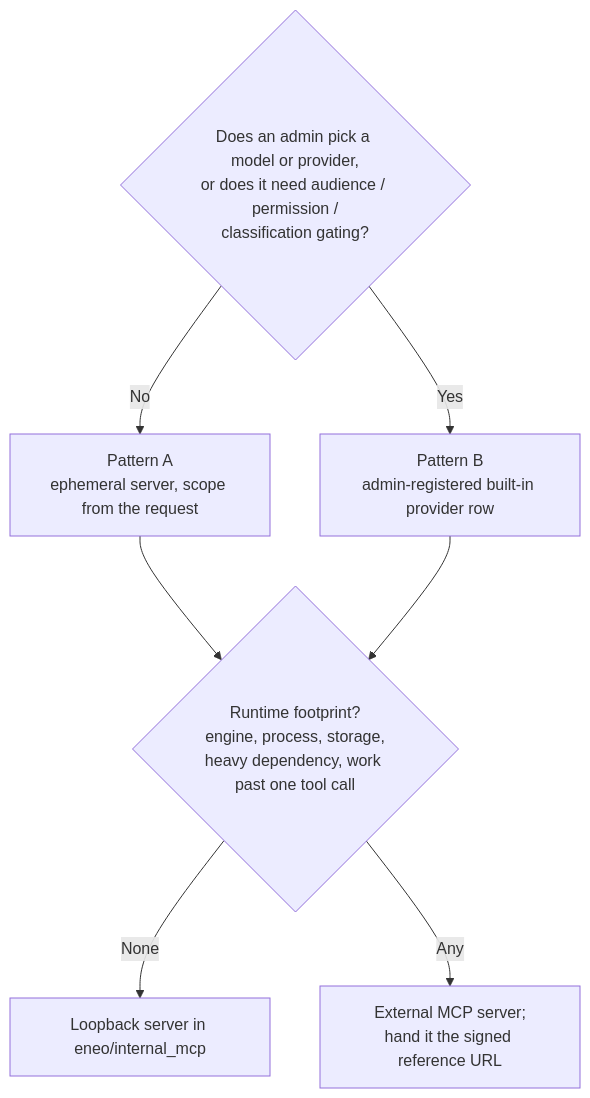
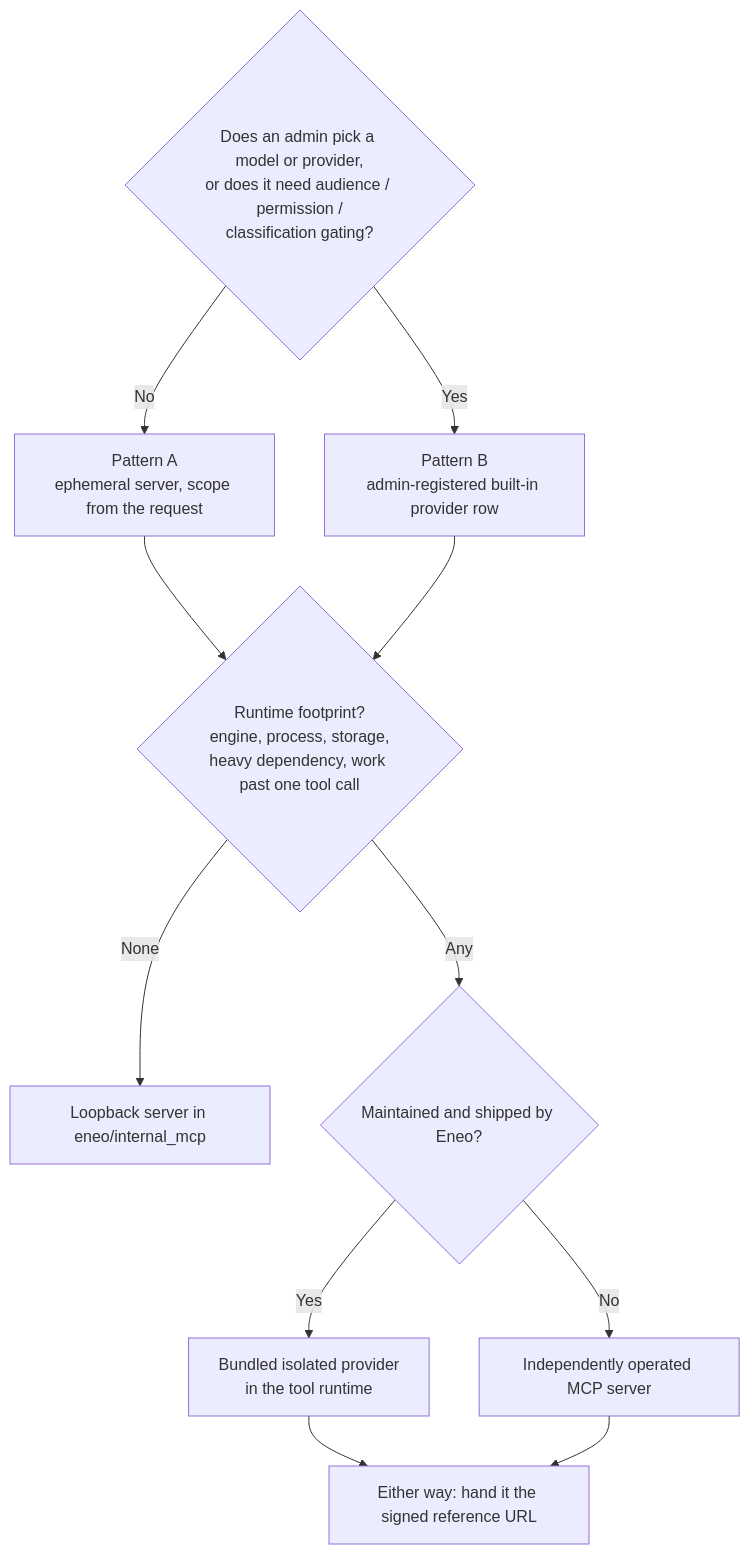
One commit to eneo-ai/eneo changed the diagram in frontend/apps/docs-site/src/content/docs/builtin-tool-servers.mdx. Above: the diagram before and after it, drawn with Mermaid. The commit also changed other lines of this file and 3 other files, not shown here.

First line of the commit message:
docs: describe the new functions and the bundled tool runtime

````diff
--- a/frontend/apps/docs-site/src/content/docs/builtin-tool-servers.mdx
+++ b/frontend/apps/docs-site/src/content/docs/builtin-tool-servers.mdx
@@ -78,11 +92,15 @@
 ```mermaid
 flowchart TD
   Q{Does an admin pick a model or provider,<br/>or does it need audience / permission /<br/>classification gating?}
   Q -->|No| A[Pattern A<br/>ephemeral server, scope from the request]
   Q -->|Yes| B[Pattern B<br/>admin-registered built-in provider row]
   R{Runtime footprint?<br/>engine, process, storage,<br/>heavy dependency, work past one tool call}
   A --> R
   B --> R
   R -->|None| OK[Loopback server in eneo/internal_mcp]
-  R -->|Any| EXT[External MCP server;<br/>hand it the signed reference URL]
+  R -->|Any| M{Maintained and shipped by Eneo?}
+  M -->|Yes| BUN[Bundled isolated provider<br/>in the tool runtime]
+  M -->|No| EXT[Independently operated MCP server]
+  BUN --> REF[Either way: hand it the signed reference URL]
+  EXT --> REF
 ```
````
